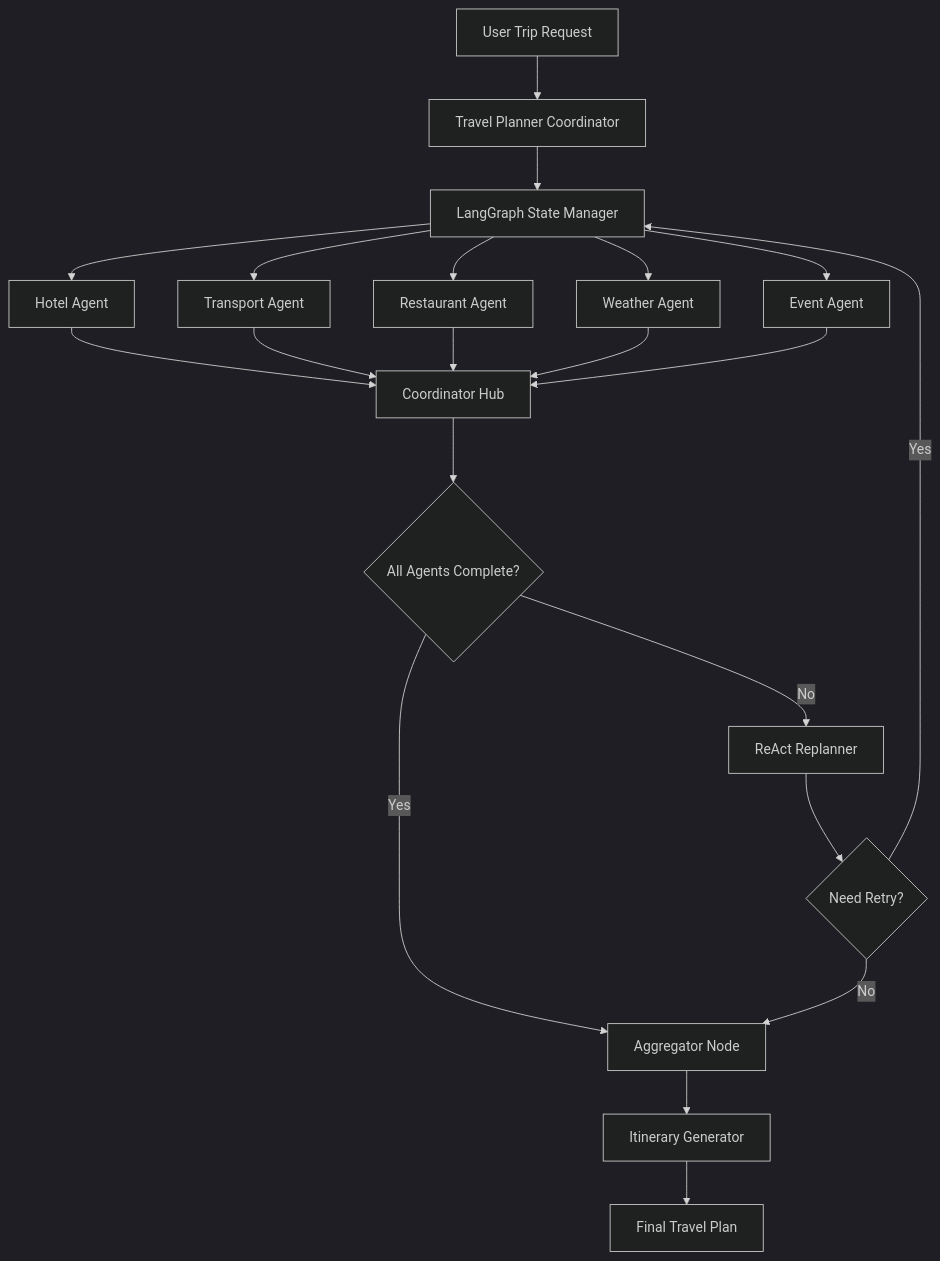
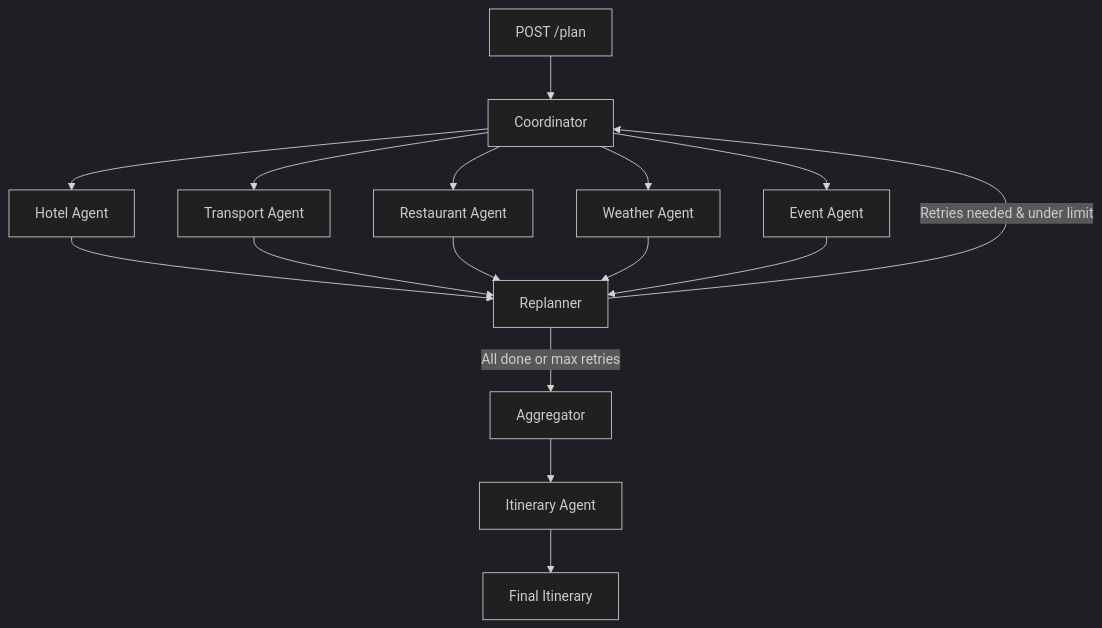
One commit to pranayyb/Odysya changed the diagram in README.md. Above: the diagram before and after it, drawn with Mermaid (dark theme). The commit also changed other lines of this file, not shown here.

````diff
--- a/README.md
+++ b/README.md
@@ -45,28 +38,22 @@
 ```mermaid
 graph TD
-    A[User Trip Request] --> B[Travel Planner Coordinator]
-    B --> C[LangGraph State Manager]
-    
-    C --> D[Hotel Agent]
-    C --> E[Transport Agent]
-    C --> F[Restaurant Agent]
-    C --> G[Weather Agent]
-    C --> H[Event Agent]
-    
-    D --> I[Coordinator Hub]
-    E --> I
-    F --> I
-    G --> I
-    H --> I
-    
-    I --> J{All Agents Complete?}
-    J -->|No| K[ReAct Replanner]
-    J -->|Yes| L[Aggregator Node]
-    
-    K --> M{Need Retry?}
-    M -->|Yes| C
-    M -->|No| L
-    
-    L --> N[Itinerary Generator]
-    N --> O[Final Travel Plan]
+    A[POST /plan] --> B[Coordinator]
+
+    B --> C[Hotel Agent]
+    B --> D[Transport Agent]
+    B --> E[Restaurant Agent]
+    B --> F[Weather Agent]
+    B --> G[Event Agent]
+
+    C --> H[Replanner]
+    D --> H
+    E --> H
+    F --> H
+    G --> H
+
+    H -->|Retries needed & under limit| B
+    H -->|All done or max retries| I[Aggregator]
+
+    I --> J[Itinerary Agent]
+    J --> K[Final Itinerary]
 ```
````
